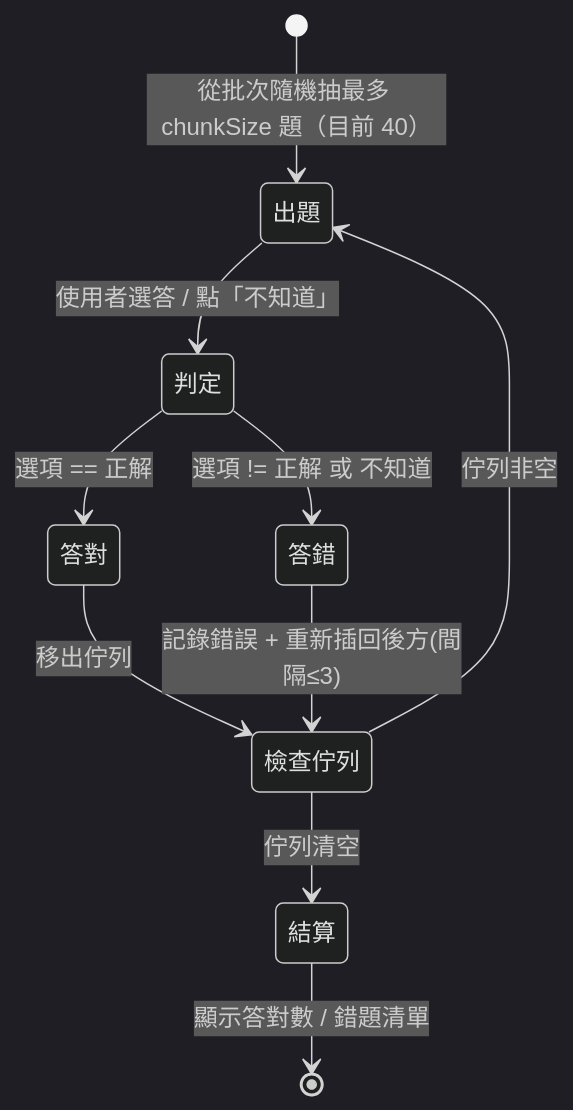
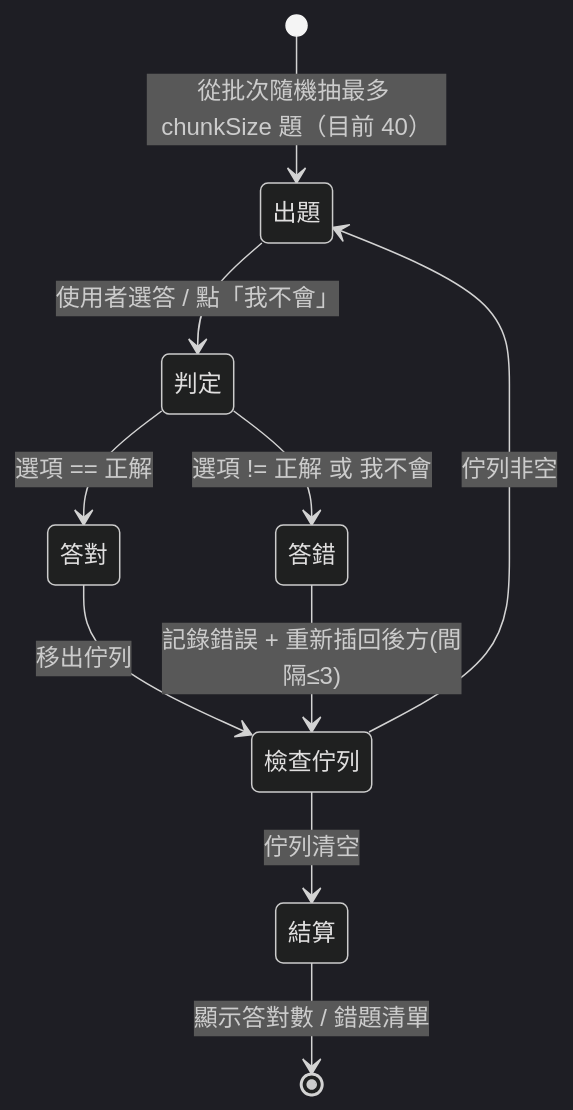
The diagram in docs/implementation.md (peiying004/vocabularyApp), drawn with Mermaid (dark theme) before and after one commit. The commit also changed other lines of this file and 8 other files, not shown here.

First line of the commit message:
spectra(sync-docs-after-onboarding): 同步 README 與 docs/ 至 onboarding 後的程式現況，補 mermaid 架構圖與流程圖

````diff
--- a/docs/implementation.md
+++ b/docs/implementation.md
@@ -258,14 +261,14 @@
 ```mermaid
 stateDiagram-v2
     [*] --> 出題: 從批次隨機抽最多 chunkSize 題（目前 40）
-    出題 --> 判定: 使用者選答 / 點「不知道」
+    出題 --> 判定: 使用者選答 / 點「我不會」
     判定 --> 答對: 選項 == 正解
-    判定 --> 答錯: 選項 != 正解 或 不知道
+    判定 --> 答錯: 選項 != 正解 或 我不會
 
     答對 --> 檢查佇列: 移出佇列
     答錯 --> 檢查佇列: 記錄錯誤 + 重新插回後方(間隔≤3)
 
     檢查佇列 --> 出題: 佇列非空
     檢查佇列 --> 結算: 佇列清空
     結算 --> [*]: 顯示答對數 / 錯題清單
 ```
````
